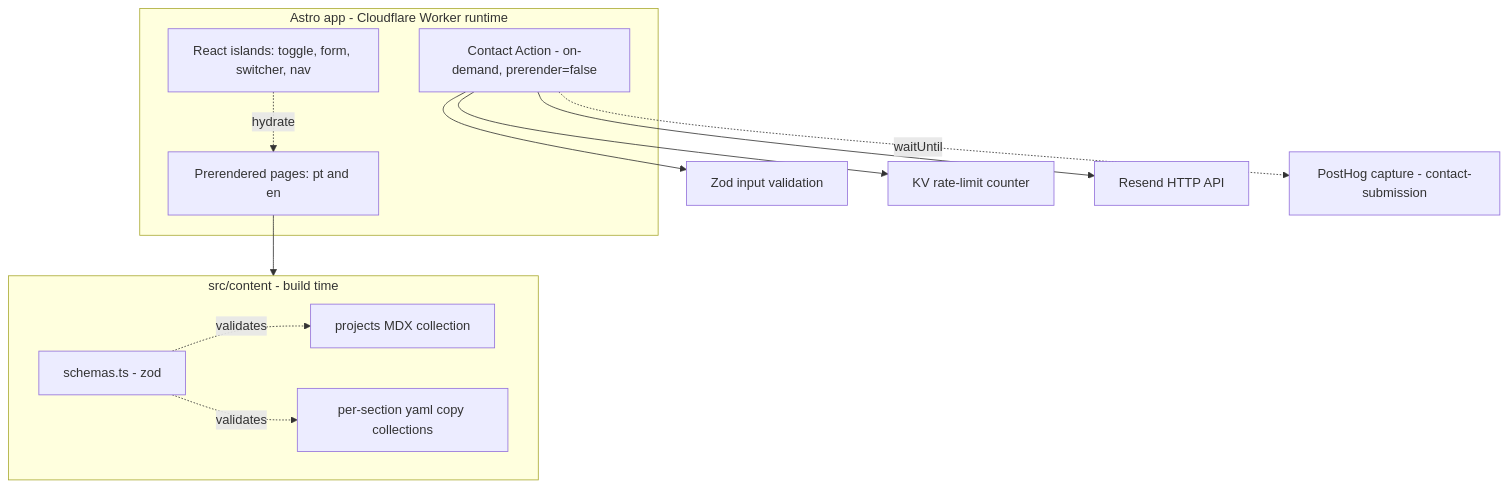
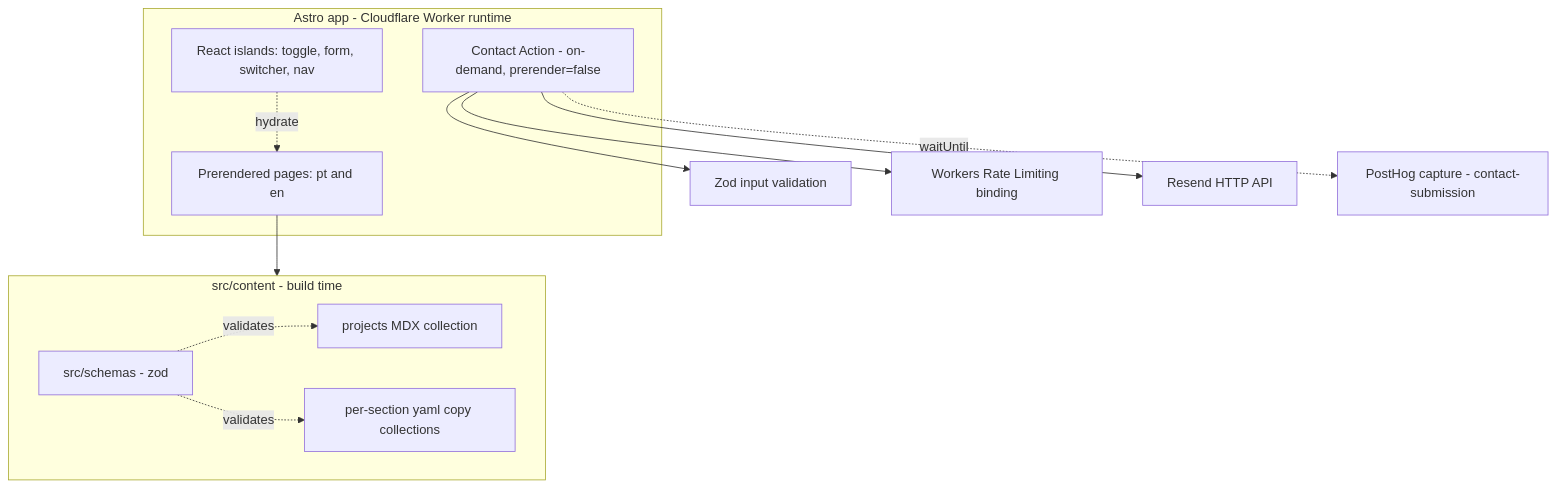
One commit to adeonir/adeonir.dev changed the first of 3 diagrams in docs/tech/design-doc.md. Above: the diagram before and after it, drawn with Mermaid. The commit also changed other lines of this file and 3 other files, not shown here.

````diff
--- a/docs/tech/design-doc.md
+++ b/docs/tech/design-doc.md
@@ -75,21 +75,21 @@
 ```mermaid
 flowchart TD
   subgraph App[Astro app - Cloudflare Worker runtime]
     Pages[Prerendered pages: pt and en]
     Action[Contact Action - on-demand, prerender=false]
     Islands[React islands: toggle, form, switcher, nav]
   end
   subgraph Content[src/content - build time]
     MDX[projects MDX collection]
     Copy[per-section yaml copy collections]
-    Schemas[schemas.ts - zod]
+    Schemas[src/schemas - zod]
   end
   Pages --> Content
   Schemas -. validates .-> MDX
   Schemas -. validates .-> Copy
   Islands -. hydrate .-> Pages
   Action --> Zod[Zod input validation]
-  Action --> RL[KV rate-limit counter]
+  Action --> RL[Workers Rate Limiting binding]
   Action --> Resend[Resend HTTP API]
   Action -. waitUntil .-> PostHog[PostHog capture - contact-submission]
 ```
````
